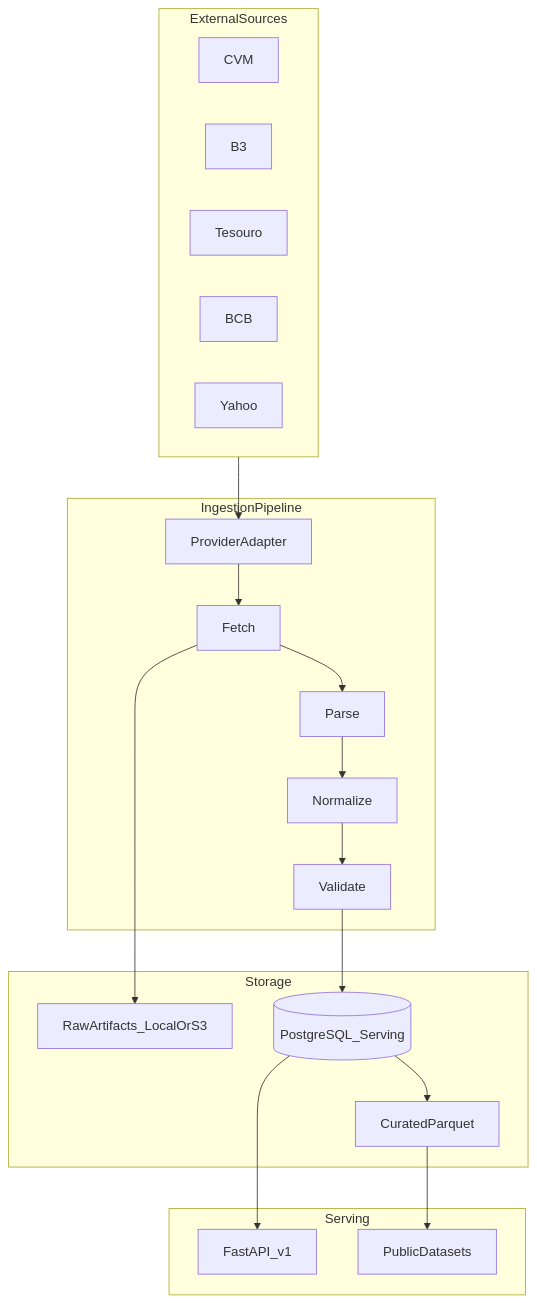
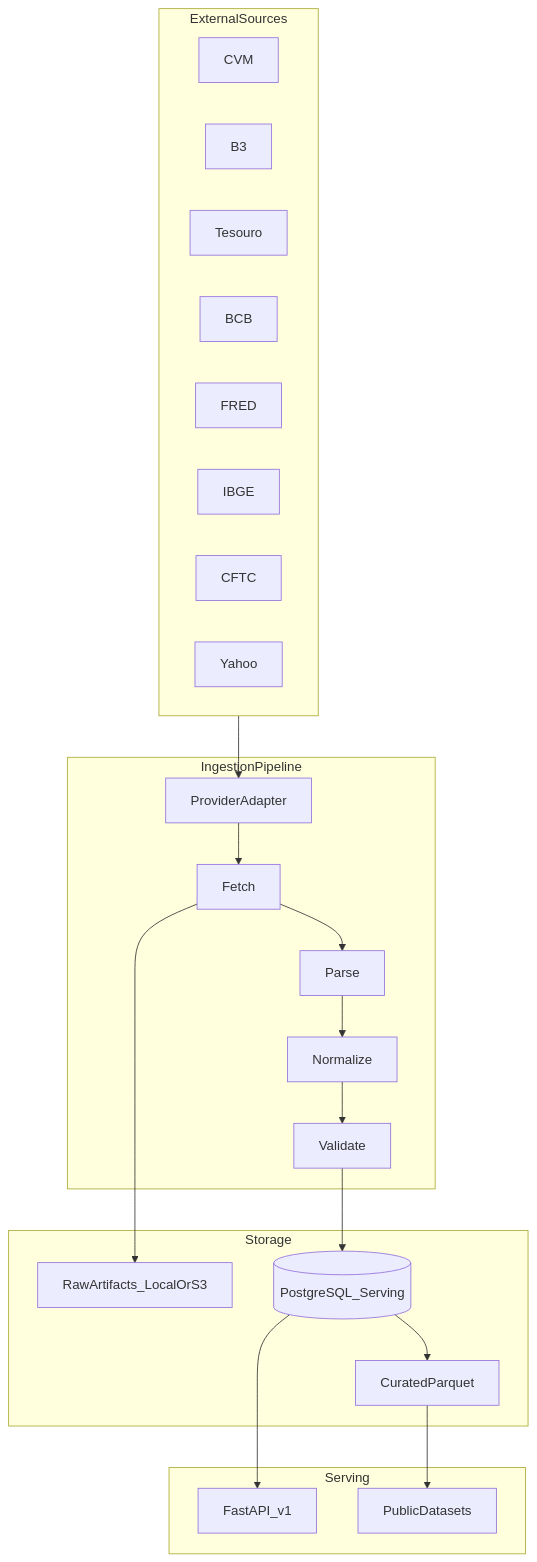
The diagram in docs/ARCHITECTURE.md (celowiz/open-market-data), drawn with Mermaid before and after one commit. The commit also changed other lines of this file and 76 other files, not shown here.

First line of the commit message:
Add scratch-filtered B3 lending, FRED/IBGE macro, events, and COT/13F (#26)

````diff
--- a/docs/ARCHITECTURE.md
+++ b/docs/ARCHITECTURE.md
@@ -87,37 +87,40 @@
 ```mermaid
 flowchart TB
   subgraph sources [ExternalSources]
     CVM[CVM]
     B3[B3]
     Tesouro[Tesouro]
     BCB[BCB]
+    FRED[FRED]
+    IBGE[IBGE]
+    CFTC[CFTC]
     Yahoo[Yahoo]
   end
 
   subgraph ingestion [IngestionPipeline]
     Provider[ProviderAdapter]
     Fetch[Fetch]
     Parse[Parse]
     Normalize[Normalize]
     Validate[Validate]
   end
 
   subgraph storage [Storage]
     RawStore[RawArtifacts_LocalOrS3]
     PG[(PostgreSQL_Serving)]
     Parquet[CuratedParquet]
   end
 
   subgraph serving [Serving]
     API[FastAPI_v1]
     Datasets[PublicDatasets]
   end
 
   sources --> Provider
   Provider --> Fetch --> Parse --> Normalize --> Validate
   Fetch --> RawStore
   Validate --> PG
   PG --> Parquet
   PG --> API
   Parquet --> Datasets
 ```
````
